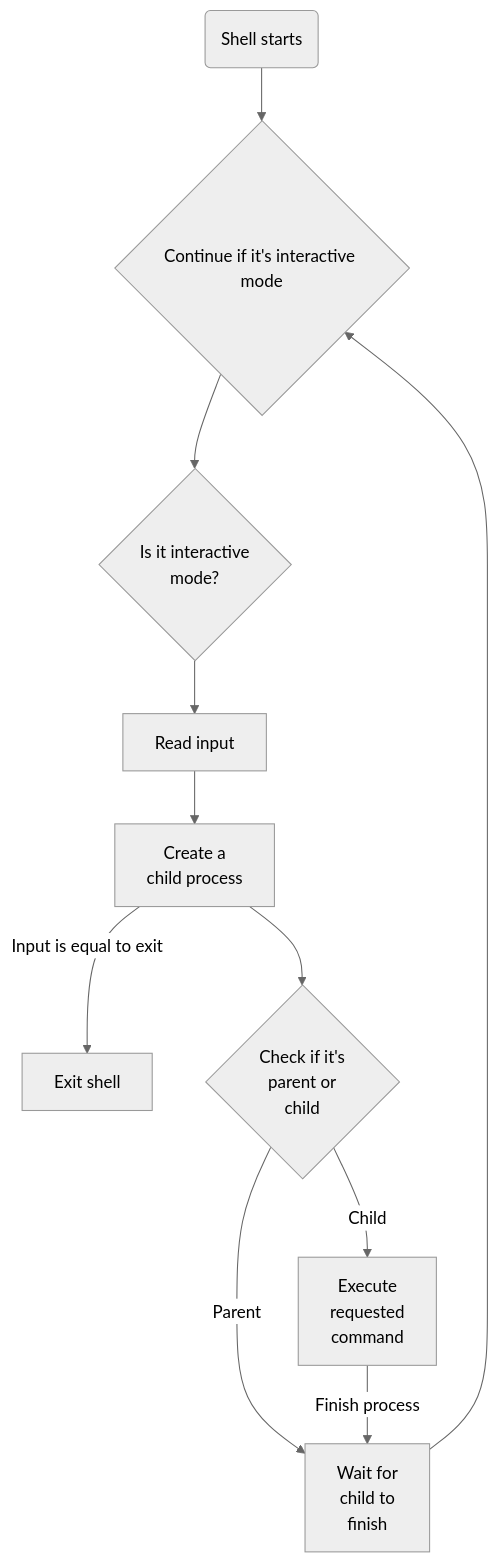
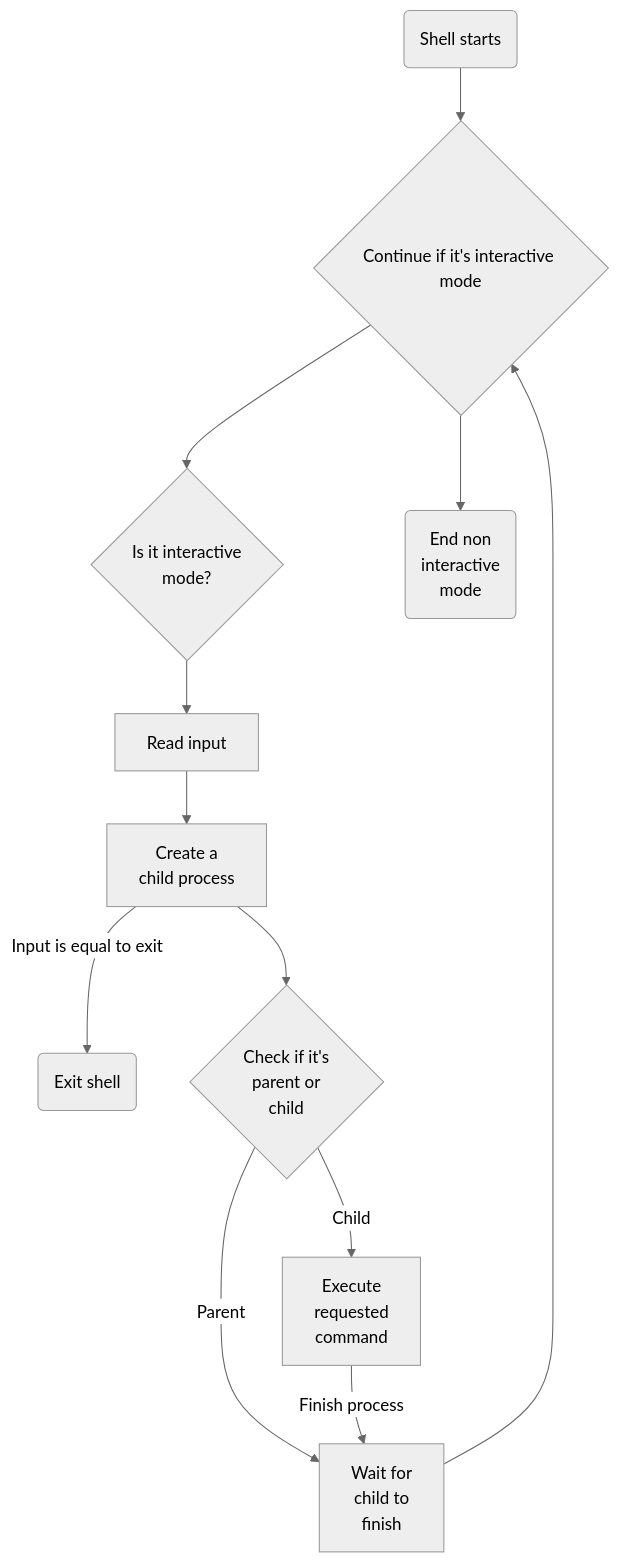
Before and after one commit to mattowsh/holbertonschool-simple_shell: the diagram in README.md, drawn with Mermaid (neutral theme).

````diff
--- a/README.md
+++ b/README.md
@@ -27,14 +27,15 @@
 ```mermaid
 graph TD;
   Start0(Shell starts)
   Start0-->While0{Continue if it's interactive mode}
   While0-->If0{Is it interactive<br>mode?}
+  While0-->Exit1(End non<br>interactive<br>mode)
   If0-->Getline[Read input]
   Getline-->Fork0[Create a<br>child process]
-  Fork0-->|Input is equal to exit|Exit0[Exit shell]
+  Fork0-->|Input is equal to exit|Exit0(Exit shell)
   Fork0-->Fork1{Check if it's<br>parent or<br>child}
   Fork1-->|Child|Execve[Execute<br>requested<br>command]
   Fork1-->|Parent|Wait[Wait for<br>child to<br>finish]
   Execve-->|Finish process|Wait
   Wait-->While0
   ```
````
